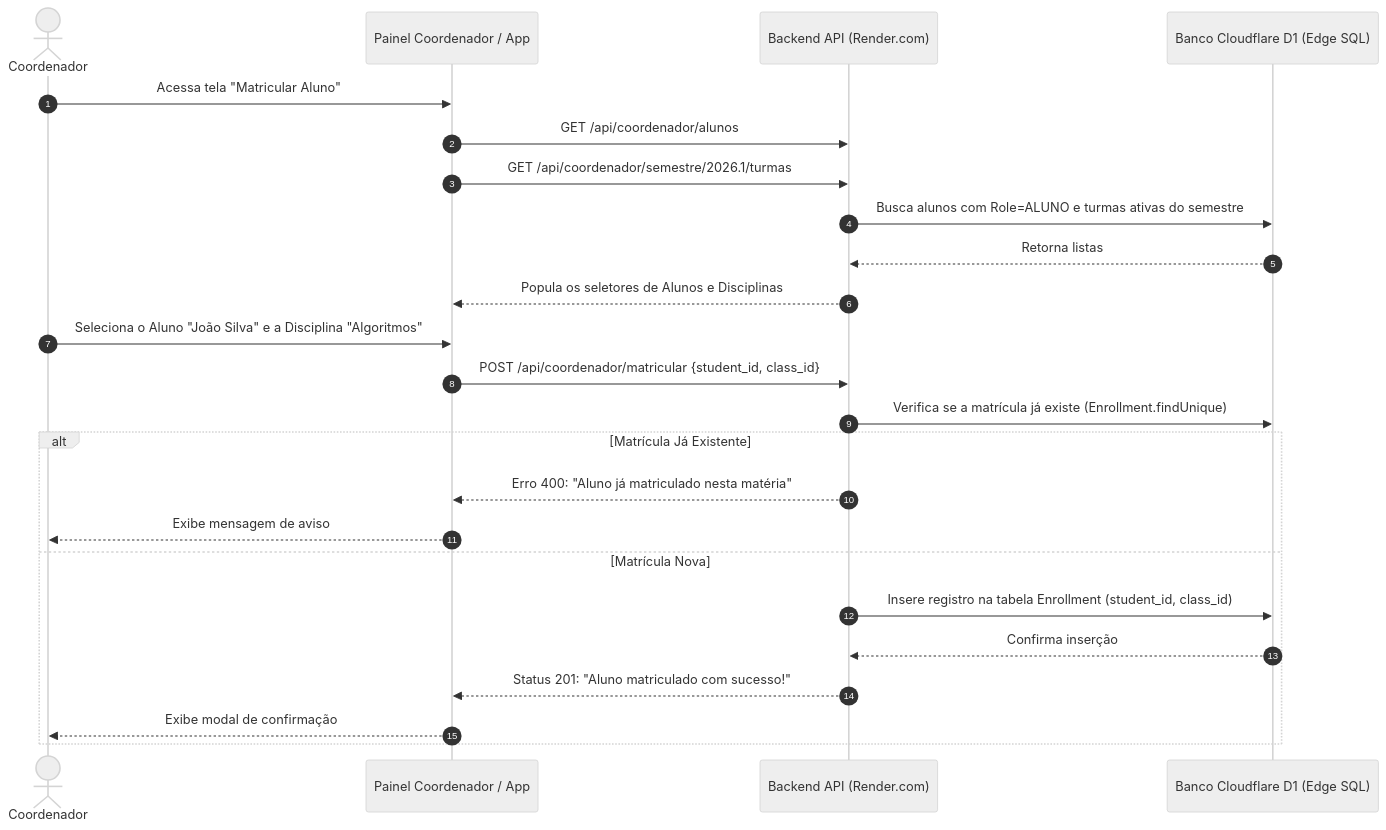
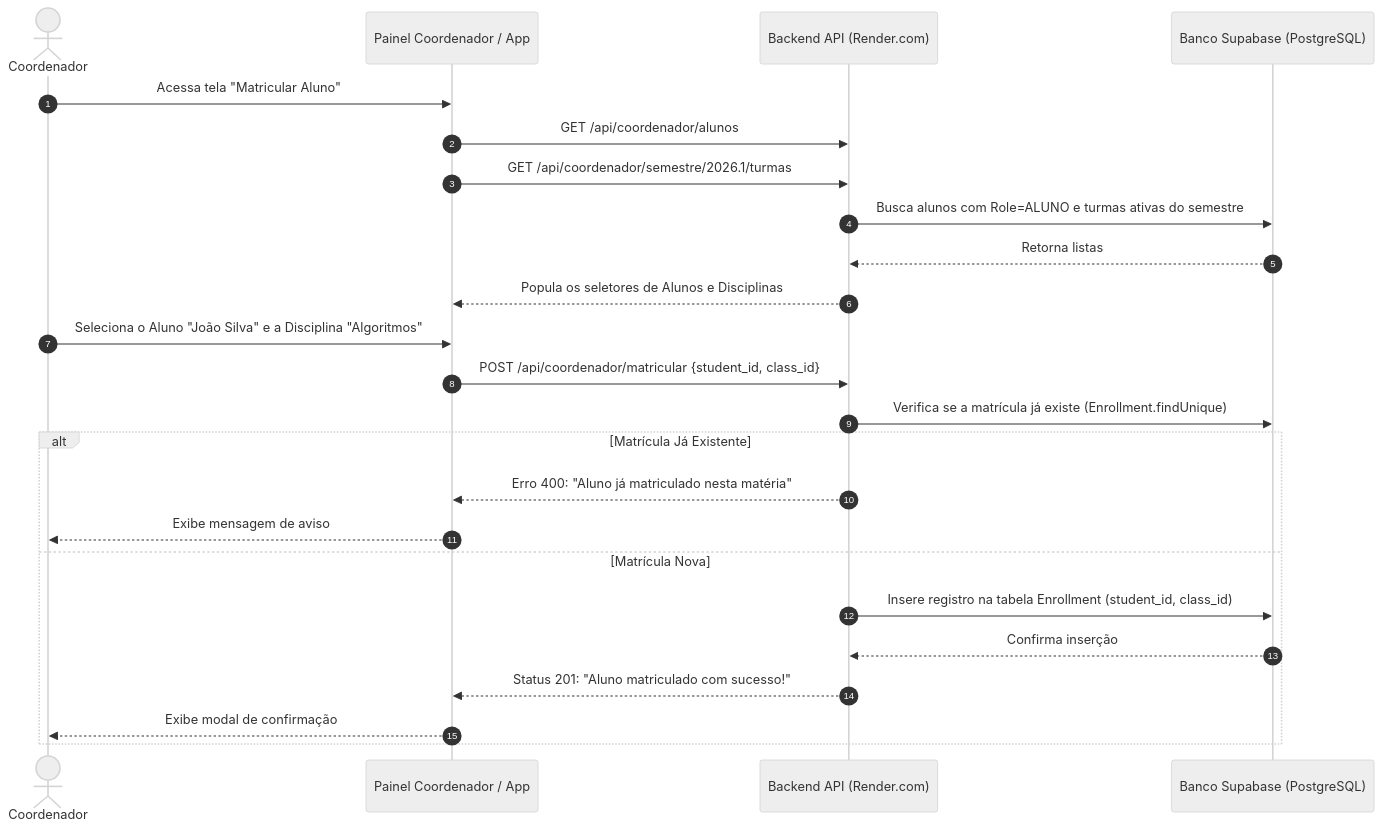
Before and after one commit to caneschi-lais/geoclass: diagram 14 of 24 in documentacao/diagramas/fluxos.md, drawn with Mermaid (neutral theme). The commit also changed other lines of this file and 9 other files, not shown here.

Commit message:
docs: update architecture, ERD, and flow diagrams for Supabase and remove Cloudflare and Neon references

````diff
--- a/documentacao/diagramas/fluxos.md
+++ b/documentacao/diagramas/fluxos.md
@@ -513,29 +514,29 @@
 ```mermaid
 sequenceDiagram
     autonumber
     actor Coordenador
     participant Web as Painel Coordenador / App
     participant API as Backend API (Render.com)
-    participant DB as Banco Cloudflare D1 (Edge SQL)
+    participant DB as Banco Supabase (PostgreSQL)
 
     Coordenador->>Web: Acessa tela "Matricular Aluno"
     Web->>API: GET /api/coordenador/alunos
     Web->>API: GET /api/coordenador/semestre/2026.1/turmas
     API->>DB: Busca alunos com Role=ALUNO e turmas ativas do semestre
     DB-->>API: Retorna listas
     API-->>Web: Popula os seletores de Alunos e Disciplinas
 
     Coordenador->>Web: Seleciona o Aluno "João Silva" e a Disciplina "Algoritmos"
     Web->>API: POST /api/coordenador/matricular {student_id, class_id}
 
     API->>DB: Verifica se a matrícula já existe (Enrollment.findUnique)
     alt Matrícula Já Existente
         API-->>Web: Erro 400: "Aluno já matriculado nesta matéria"
         Web-->>Coordenador: Exibe mensagem de aviso
     else Matrícula Nova
         API->>DB: Insere registro na tabela Enrollment (student_id, class_id)
         DB-->>API: Confirma inserção
         API-->>Web: Status 201: "Aluno matriculado com sucesso!"
         Web-->>Coordenador: Exibe modal de confirmação
     end
 ```
````
